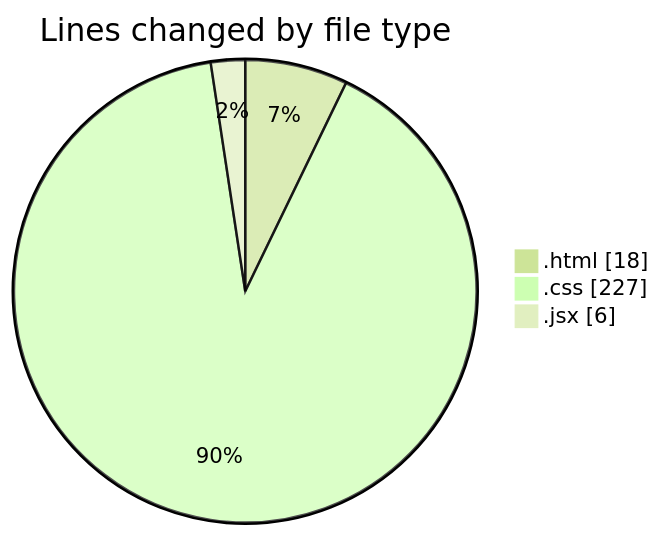
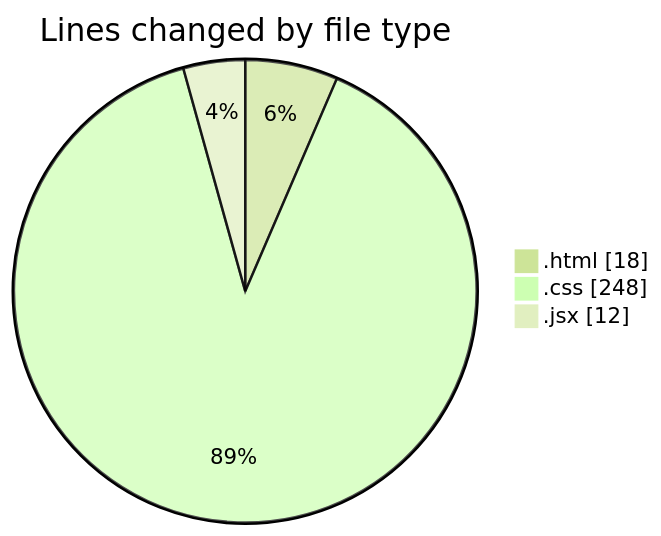
Before and after one commit to Ritupan-Deka/code-tracking: the first of 2 diagrams in 2025-05-26/projects/README.md, drawn with Mermaid (forest theme). The commit also changed other lines of this file and 1 other file, not shown here.

````diff
--- a/2025-05-26/projects/README.md
+++ b/2025-05-26/projects/README.md
@@ -23,7 +23,7 @@
 ```mermaid
 pie showData
 title Lines changed by file type
 ".html" : 18
-".css" : 227
-".jsx" : 6
+".css" : 248
+".jsx" : 12
 ```
````
